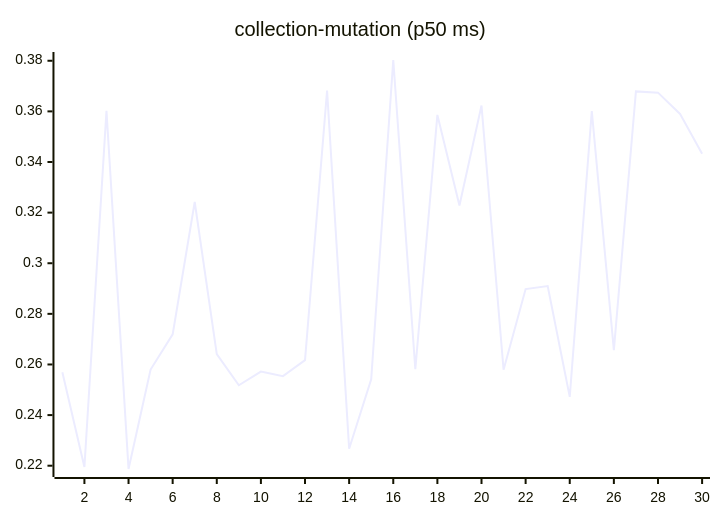
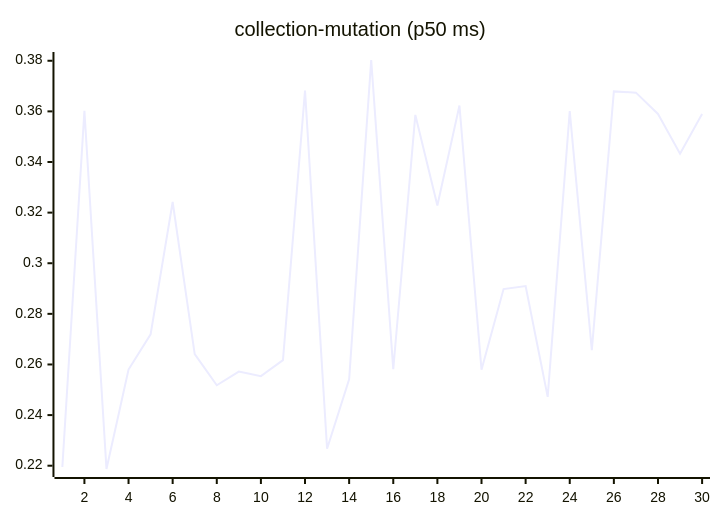
One commit to josha/Facet changed the sixth of 27 diagrams in README.md. Above: the diagram before and after it, drawn with Mermaid. The commit also changed other lines of this file and 2 other files, not shown here.

````diff
--- a/README.md
+++ b/README.md
@@ -98,6 +98,6 @@
 ```mermaid
 xychart-beta
     title "collection-mutation (p50 ms)"
     x-axis 1 --> 30
-    line [0.2569, 0.2195, 0.3602, 0.2187, 0.2580, 0.2719, 0.3242, 0.2641, 0.2518, 0.2572, 0.2554, 0.2617, 0.3682, 0.2267, 0.2541, 0.3803, 0.2581, 0.3586, 0.3228, 0.3623, 0.2579, 0.2898, 0.2910, 0.2472, 0.3601, 0.2657, 0.3679, 0.3674, 0.3590, 0.3433]
+    line [0.2195, 0.3602, 0.2187, 0.2580, 0.2719, 0.3242, 0.2641, 0.2518, 0.2572, 0.2554, 0.2617, 0.3682, 0.2267, 0.2541, 0.3803, 0.2581, 0.3586, 0.3228, 0.3623, 0.2579, 0.2898, 0.2910, 0.2472, 0.3601, 0.2657, 0.3679, 0.3674, 0.3590, 0.3433, 0.3590]
 ```
````
